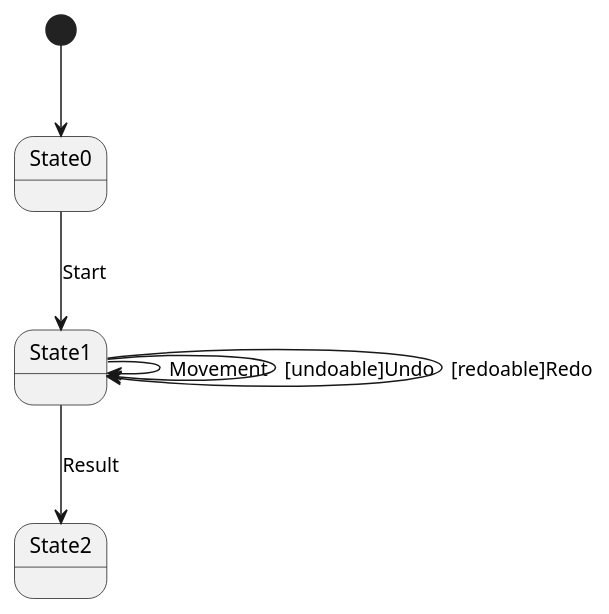
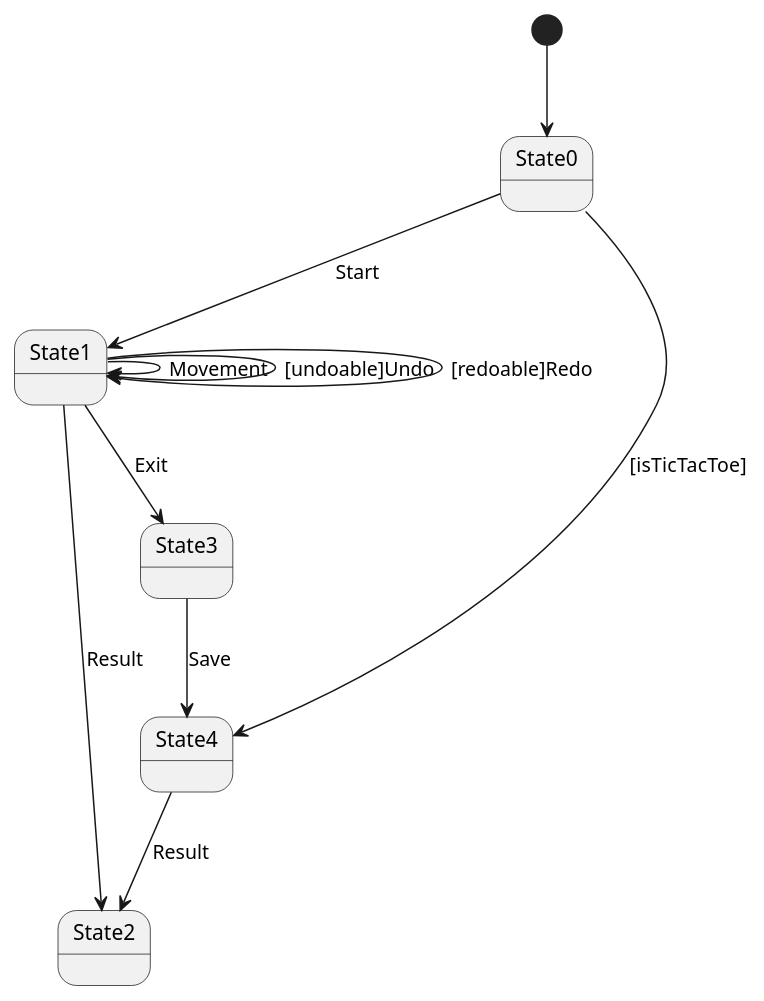
The second of 2 diagrams in src/docs/asciidoc/index.adoc (x-USantaTecla-game-ticTacToe/requirements), drawn with PlantUML before and after one commit. The commit also changed other lines of this file and 6 other files, not shown here.

```diff
--- a/src/docs/asciidoc/index.adoc
+++ b/src/docs/asciidoc/index.adoc
@@ -56,10 +60,14 @@
 [plantuml,diagramaContexto,svg]
 ....
 
 [*] --> State0
 State0 --> State1 : Start
 State1 --> State1 : Movement
 State1 --> State1 : [undoable]Undo
 State1 --> State1 : [redoable]Redo
+State1 --> State3 : Exit
+State3 --> State4 : Save
+State0 --> State4 : [isTicTacToe]
 State1 --> State2 : Result
+State4 --> State2 : Result
 ....
```
